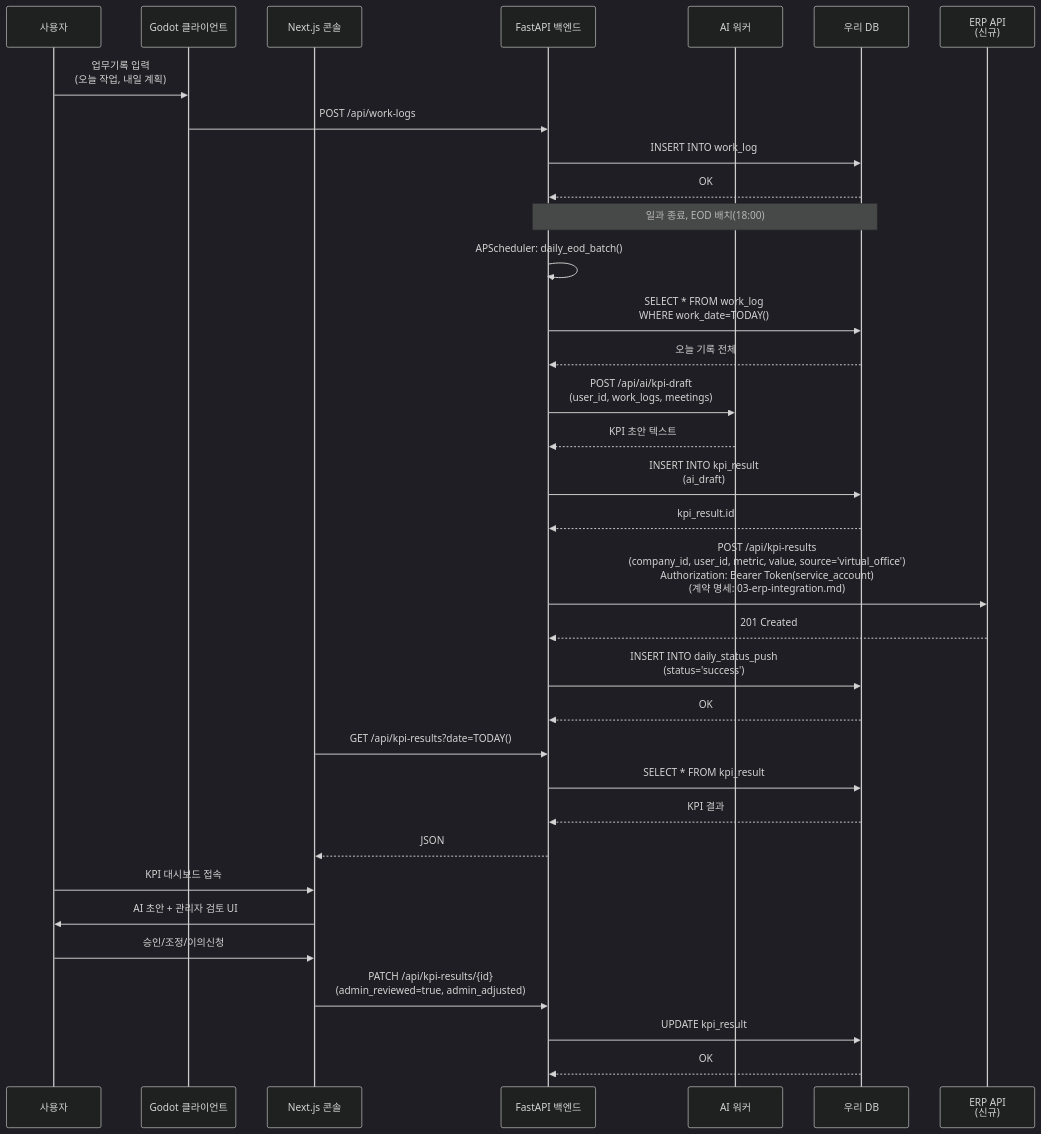
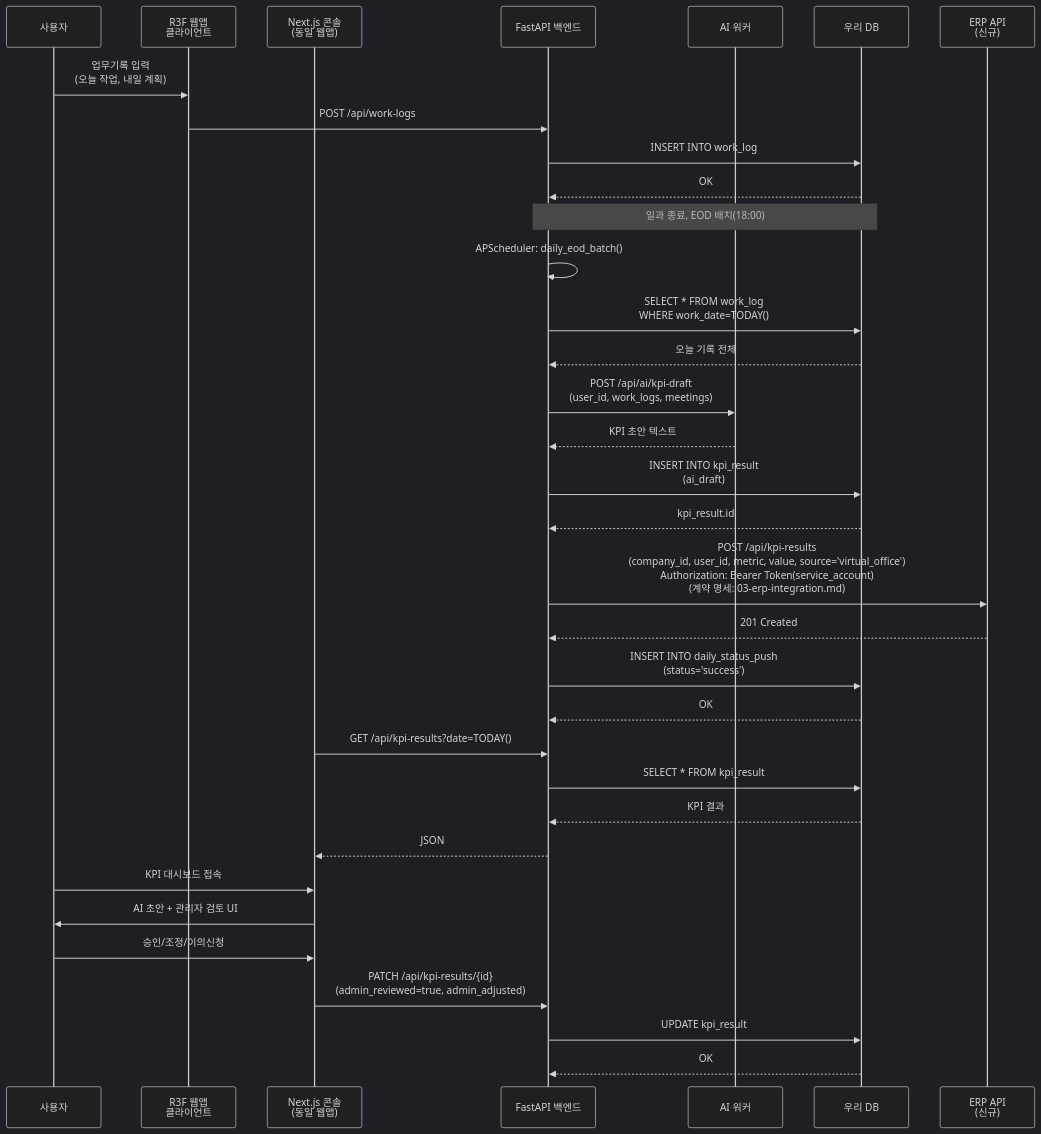
One commit to choiwjun/virtualoffice_new changed the third of 4 diagrams in docs/planning/02-trd-architecture.md. Above: the diagram before and after it, drawn with Mermaid (dark theme). The commit also changed other lines of this file and 739 other files, not shown here.

````diff
--- a/docs/planning/02-trd-architecture.md
+++ b/docs/planning/02-trd-architecture.md
@@ -757,42 +741,42 @@
 ```mermaid
 sequenceDiagram
     participant User as 사용자
-    participant GodotClient as Godot 클라이언트
-    participant NextJS as Next.js 콘솔
+    participant R3FClient as R3F 웹앱<br/>클라이언트
+    participant NextJS as Next.js 콘솔<br/>(동일 웹앱)
     participant FastAPI as FastAPI 백엔드
     participant AIWorker as AI 워커
     participant OurDB as 우리 DB
     participant ERPWrite as ERP API<br/>(신규)
 
-    User->>GodotClient: 업무기록 입력<br/>(오늘 작업, 내일 계획)
-    GodotClient->>FastAPI: POST /api/work-logs
+    User->>R3FClient: 업무기록 입력<br/>(오늘 작업, 내일 계획)
+    R3FClient->>FastAPI: POST /api/work-logs
     FastAPI->>OurDB: INSERT INTO work_log
     OurDB-->>FastAPI: OK
 
     Note over FastAPI,OurDB: 일과 종료, EOD 배치(18:00)
 
     FastAPI->>FastAPI: APScheduler: daily_eod_batch()
     FastAPI->>OurDB: SELECT * FROM work_log<br/>WHERE work_date=TODAY()
     OurDB-->>FastAPI: 오늘 기록 전체
     FastAPI->>AIWorker: POST /api/ai/kpi-draft<br/>(user_id, work_logs, meetings)
     AIWorker-->>FastAPI: KPI 초안 텍스트
     FastAPI->>OurDB: INSERT INTO kpi_result<br/>(ai_draft)
     OurDB-->>FastAPI: kpi_result.id
 
     FastAPI->>ERPWrite: POST /api/kpi-results<br/>(company_id, user_id, metric, value, source='virtual_office')<br/>Authorization: Bearer Token(service_account)<br/>(계약 명세: 03-erp-integration.md)
     ERPWrite-->>FastAPI: 201 Created
     FastAPI->>OurDB: INSERT INTO daily_status_push<br/>(status='success')
     OurDB-->>FastAPI: OK
 
     NextJS->>FastAPI: GET /api/kpi-results?date=TODAY()
     FastAPI->>OurDB: SELECT * FROM kpi_result
     OurDB-->>FastAPI: KPI 결과
     FastAPI-->>NextJS: JSON
 
     User->>NextJS: KPI 대시보드 접속
     NextJS->>User: AI 초안 + 관리자 검토 UI
     User->>NextJS: 승인/조정/이의신청
     NextJS->>FastAPI: PATCH /api/kpi-results/{id}<br/>(admin_reviewed=true, admin_adjusted)
     FastAPI->>OurDB: UPDATE kpi_result
     OurDB-->>FastAPI: OK
 ```
````
